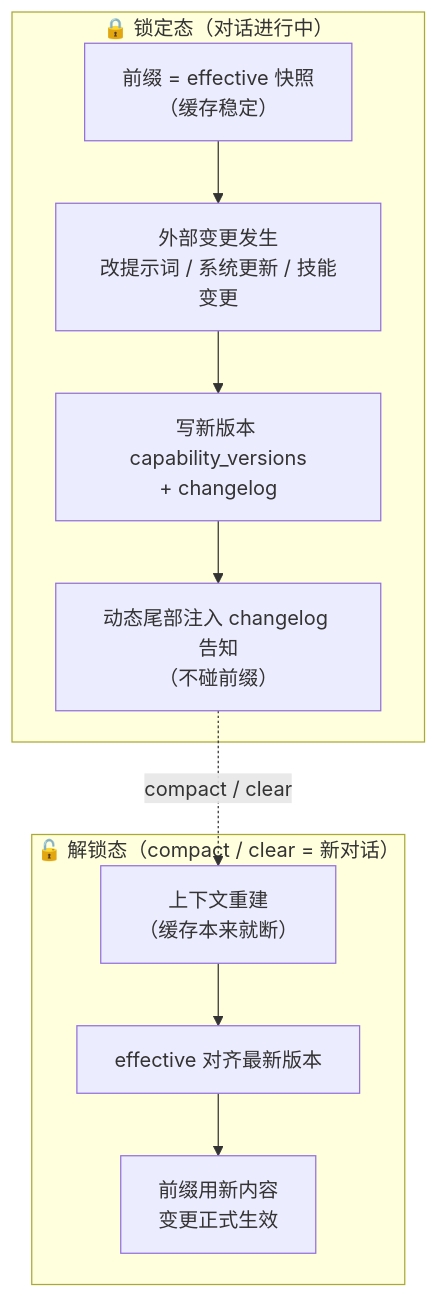
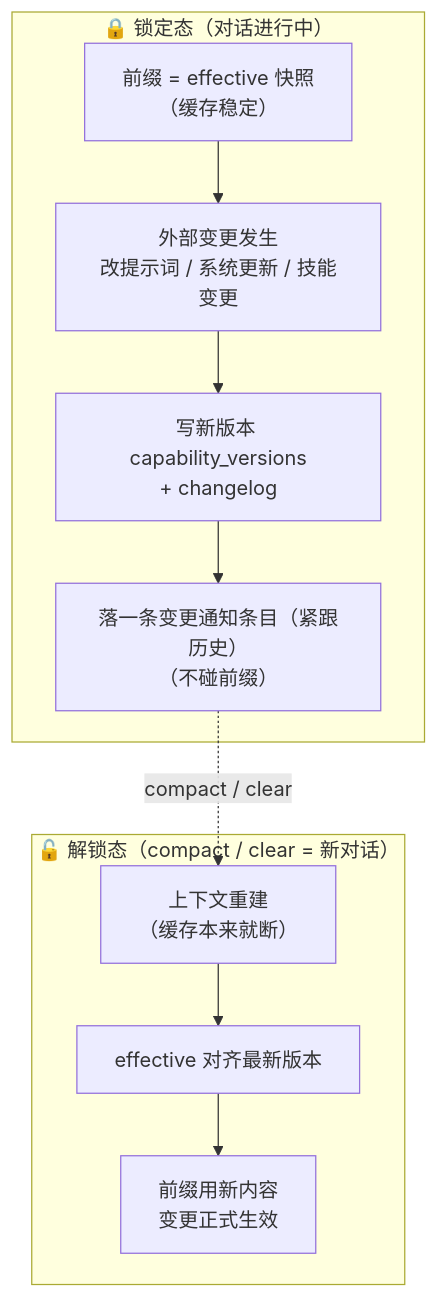
The diagram in docs/dev/capability_lazy_loading.md (Coprexist/Copree), drawn with Mermaid before and after one commit. The commit also changed other lines of this file and 5 other files, not shown here.

````diff
--- a/docs/dev/capability_lazy_loading.md
+++ b/docs/dev/capability_lazy_loading.md
@@ -87,19 +111,19 @@
 ```mermaid
 flowchart TD
     subgraph 锁定态["🔒 锁定态（对话进行中）"]
         A1["前缀 = effective 快照<br/>（缓存稳定）"]
         A2["外部变更发生<br/>改提示词 / 系统更新 / 技能变更"]
         A3["写新版本 capability_versions<br/>+ changelog"]
-        A4["动态尾部注入 changelog 告知<br/>（不碰前缀）"]
+        A4["落一条变更通知条目（紧跟历史）<br/>（不碰前缀）"]
         A1 --> A2 --> A3 --> A4
     end
 
     subgraph 解锁态["🔓 解锁态（compact / clear = 新对话）"]
         B1["上下文重建<br/>（缓存本来就断）"]
         B2["effective 对齐最新版本"]
         B3["前缀用新内容<br/>变更正式生效"]
         B1 --> B2 --> B3
     end
 
     A4 -. "compact / clear" .-> B1
 ```
````
